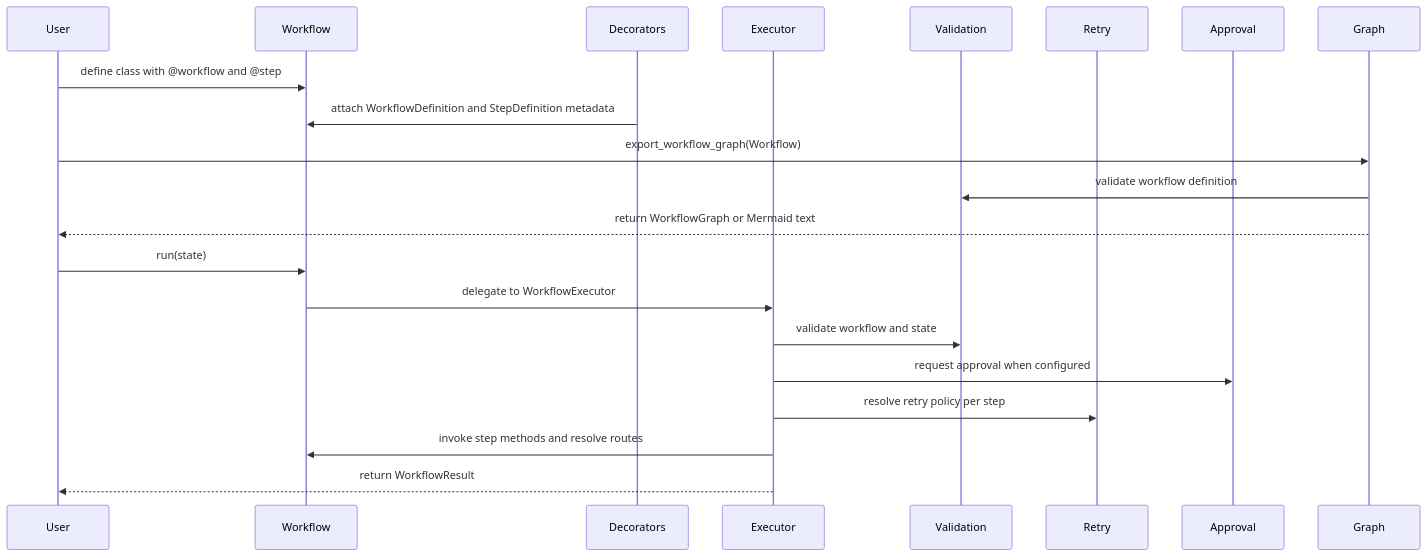
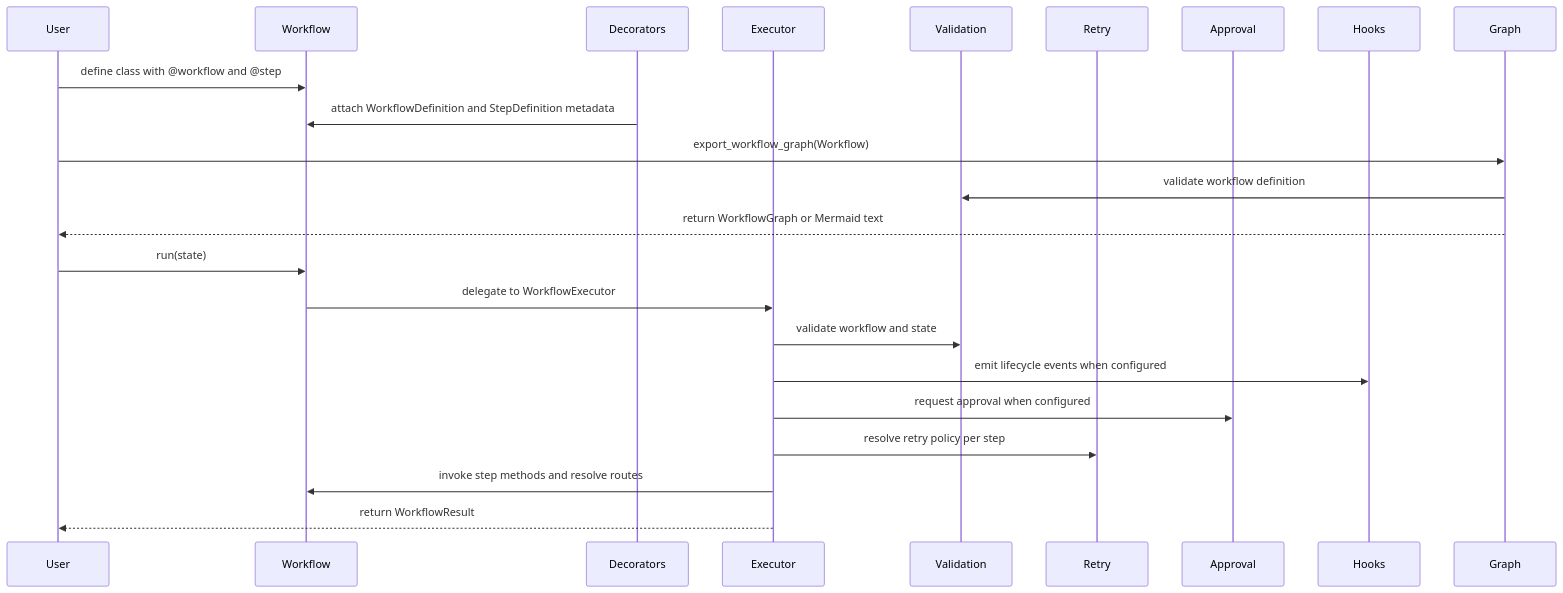
One commit to danishali778/agentflowkit changed the second of 2 diagrams in docs/architecture/overview.md. Above: the diagram before and after it, drawn with Mermaid. The commit also changed other lines of this file and 18 other files, not shown here.

First line of the commit message:
feat: add workflow lifecycle hooks (#10)

````diff
--- a/docs/architecture/overview.md
+++ b/docs/architecture/overview.md
@@ -158,24 +172,26 @@
 ```mermaid
 sequenceDiagram
     participant User
     participant Workflow
     participant Decorators
     participant Executor
     participant Validation
     participant Retry
     participant Approval
+    participant Hooks
     participant Graph
 
     User->>Workflow: define class with @workflow and @step
     Decorators->>Workflow: attach WorkflowDefinition and StepDefinition metadata
     User->>Graph: export_workflow_graph(Workflow)
     Graph->>Validation: validate workflow definition
     Graph-->>User: return WorkflowGraph or Mermaid text
     User->>Workflow: run(state)
     Workflow->>Executor: delegate to WorkflowExecutor
     Executor->>Validation: validate workflow and state
+    Executor->>Hooks: emit lifecycle events when configured
     Executor->>Approval: request approval when configured
     Executor->>Retry: resolve retry policy per step
     Executor->>Workflow: invoke step methods and resolve routes
     Executor-->>User: return WorkflowResult
 ```
````
